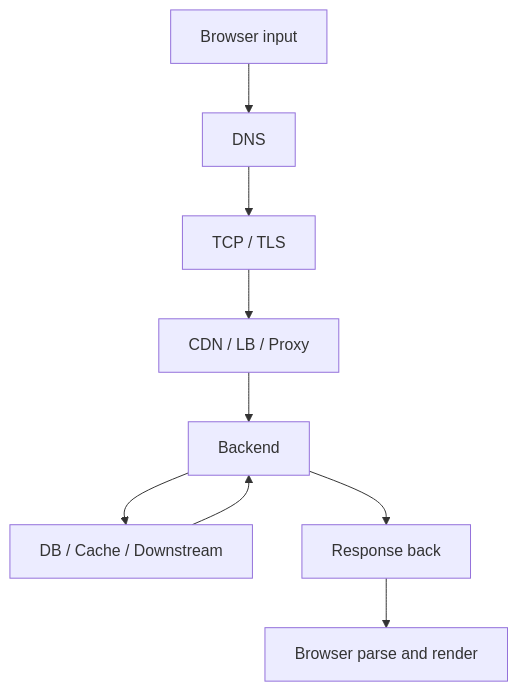
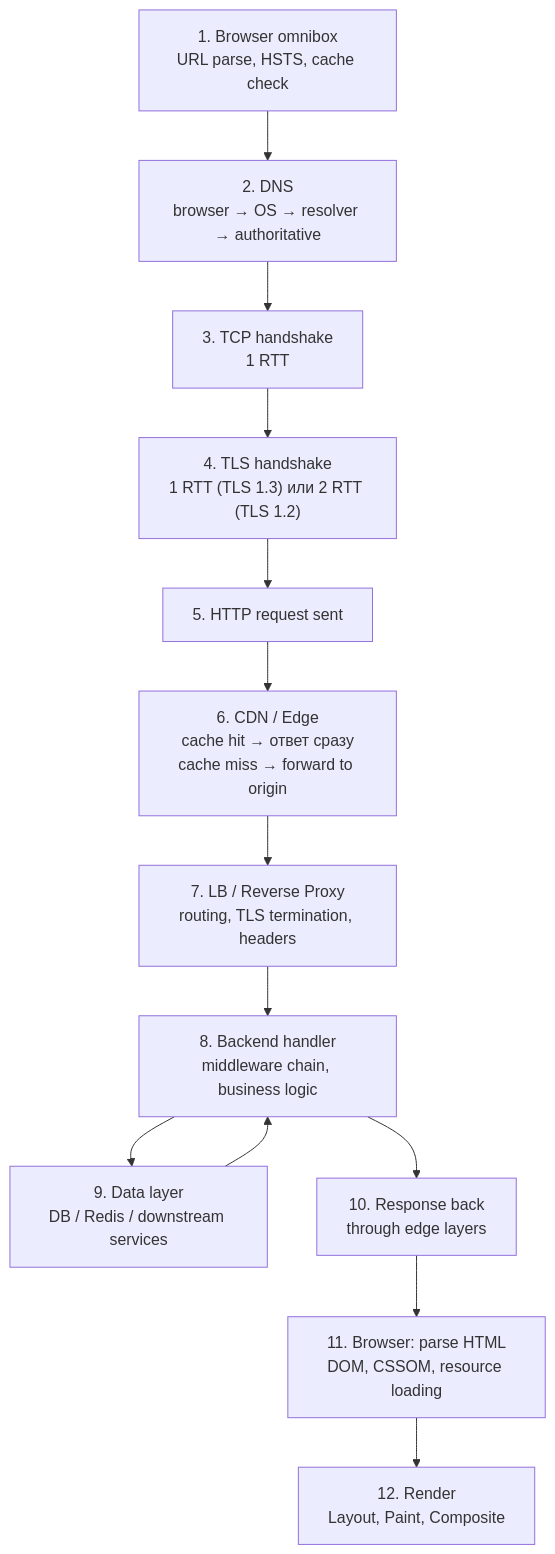
Before and after one commit to fev0ks/LearnGoLang: the diagram in docs/senior-golang-study/08-networking-and-api/request-lifecycle/07-end-to-end-timeline-and-where-it-breaks.md, drawn with Mermaid. The commit also changed other lines of this file and 53 other files, not shown here.

````diff
--- a/docs/senior-golang-study/08-networking-and-api/request-lifecycle/07-end-to-end-timeline-and-where-it-breaks.md
+++ b/docs/senior-golang-study/08-networking-and-api/request-lifecycle/07-end-to-end-timeline-and-where-it-breaks.md
@@ -14,11 +19,15 @@
 ```mermaid
 flowchart TD
-    A["Browser input"] --> B["DNS"]
-    B --> C["TCP / TLS"]
-    C --> D["CDN / LB / Proxy"]
-    D --> E["Backend"]
-    E --> F["DB / Cache / Downstream"]
-    F --> E
-    E --> G["Response back"]
-    G --> H["Browser parse and render"]
+    A["1. Browser omnibox\nURL parse, HSTS, cache check"] --> B["2. DNS\nbrowser → OS → resolver → authoritative"]
+    B --> C["3. TCP handshake\n1 RTT"]
+    C --> D["4. TLS handshake\n1 RTT (TLS 1.3) или 2 RTT (TLS 1.2)"]
+    D --> E["5. HTTP request sent"]
+    E --> F["6. CDN / Edge\ncache hit → ответ сразу\ncache miss → forward to origin"]
+    F --> G["7. LB / Reverse Proxy\nrouting, TLS termination, headers"]
+    G --> H["8. Backend handler\nmiddleware chain, business logic"]
+    H --> I["9. Data layer\nDB / Redis / downstream services"]
+    I --> H
+    H --> J["10. Response back\nthrough edge layers"]
+    J --> K["11. Browser: parse HTML\nDOM, CSSOM, resource loading"]
+    K --> L["12. Render\nLayout, Paint, Composite"]
 ```
````
